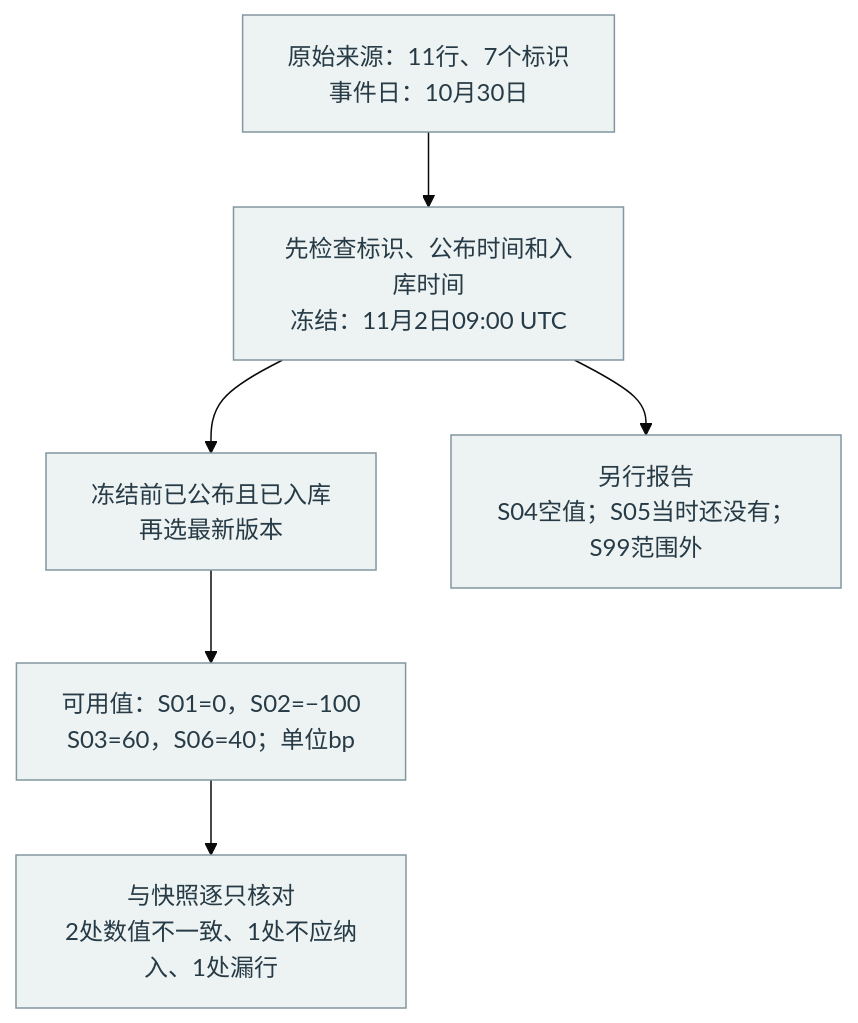
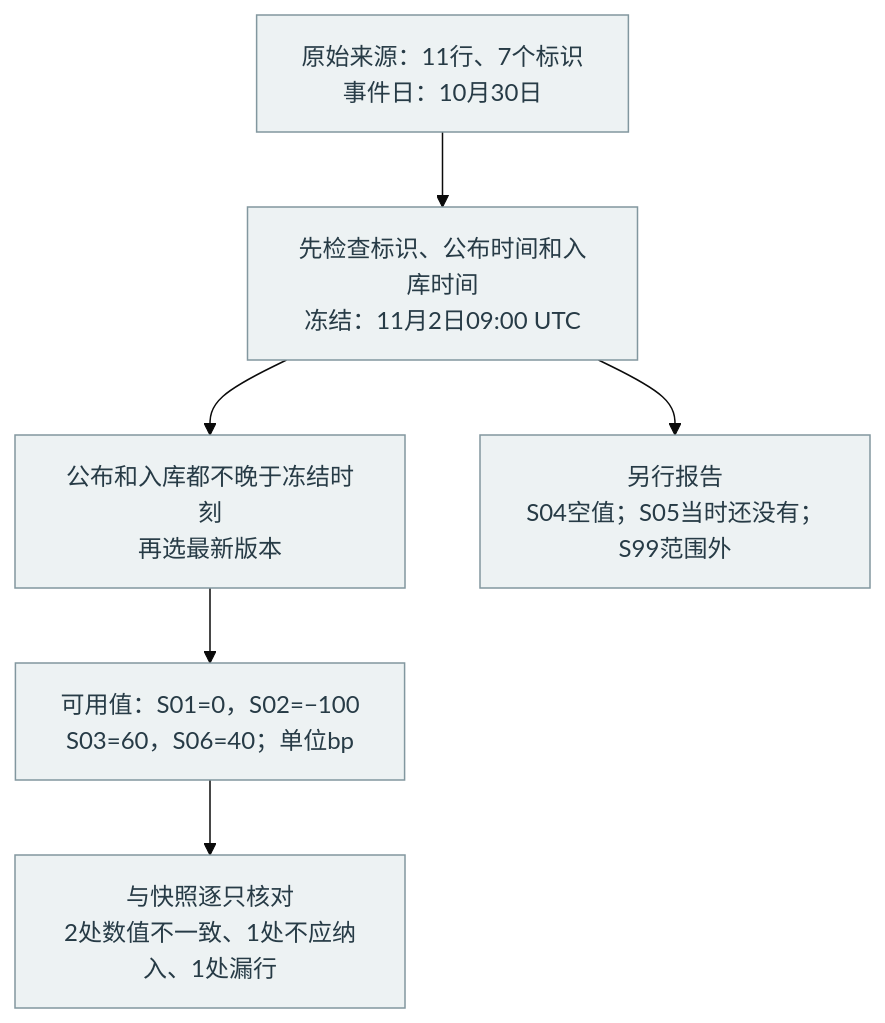
The diagram in diagrams/reconcile.mmd (HengYangDS/rethinking-work), drawn with Mermaid (base theme) before and after one commit. The commit also changed 38 other files, not shown here.

```diff
--- a/diagrams/reconcile.mmd
+++ b/diagrams/reconcile.mmd
@@ -1,8 +1,8 @@
 flowchart TD
  A["原始来源：11行、7个标识<br/>事件日：10月30日"] --> B["先检查标识、公布时间和入库时间<br/>冻结：11月2日09:00 UTC"]
- B --> C["冻结前已公布且已入库<br/>再选最新版本"]
+ B --> C["公布和入库都不晚于冻结时刻<br/>再选最新版本"]
  C --> D["可用值：S01=0，S02=−100<br/>S03=60，S06=40；单位bp"]
  D --> E["与快照逐只核对<br/>2处数值不一致、1处不应纳入、1处漏行"]
  B --> Q["另行报告<br/>S04空值；S05当时还没有；S99范围外"]
 classDef base fill:#edf2f3,stroke:#82979f,color:#273b46,stroke-width:1px;
 class A,B,C,D,E,Q base;
```
